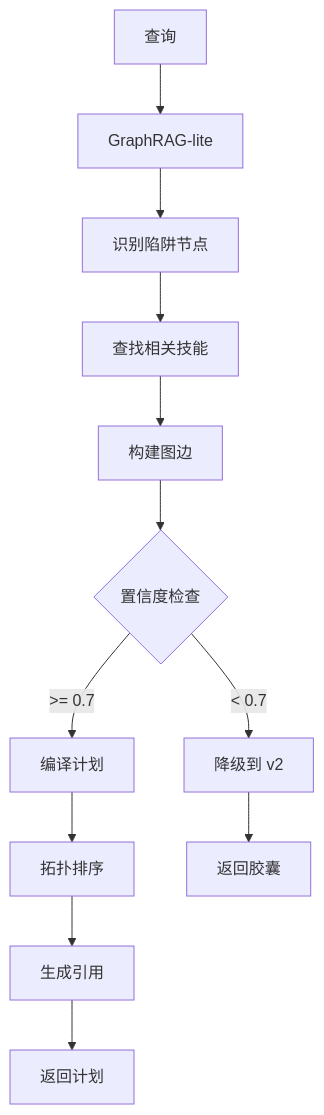
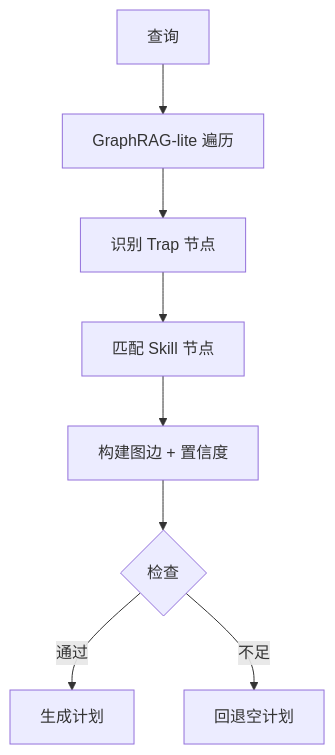
Before and after one commit to pofossette/TrapMap-for-vibing: the second of 2 diagrams in docs/architecture/components/RETRIEVAL.md, drawn with Mermaid. The commit also changed other lines of this file and 25 other files, not shown here.

````diff
--- a/docs/architecture/components/RETRIEVAL.md
+++ b/docs/architecture/components/RETRIEVAL.md
@@ -74,17 +93,10 @@
 ```mermaid
 flowchart TB
-    A[查询] --> B[GraphRAG-lite]
-    B --> C[识别陷阱节点]
-    C --> D[查找相关技能]
-    D --> E[构建图边]
-    E --> F{置信度检查}
-
-    F -->|>= 0.7| G[编译计划]
-    F -->|< 0.7| H[降级到 v2]
-
-    G --> I[拓扑排序]
-    I --> J[生成引用]
-    J --> K[返回计划]
-
-    H --> L[返回胶囊]
+    A[查询] --> B[GraphRAG-lite 遍历]
+    B --> C[识别 Trap 节点]
+    C --> D[匹配 Skill 节点]
+    D --> E[构建图边 + 置信度]
+    E --> F{检查}
+    F -->|通过| G[生成计划]
+    F -->|不足| H[回退空计划]
 ```
````
